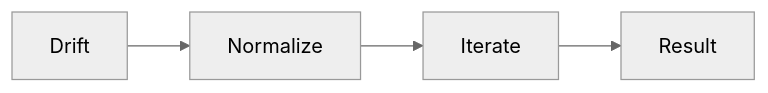
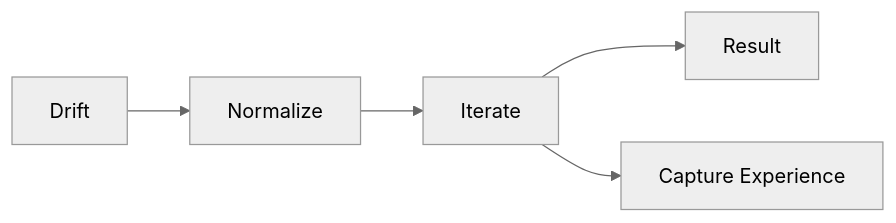
The first of 4 diagrams in README.md (udx/dev.kit), drawn with Mermaid (neutral theme) before and after one commit. The commit also changed other lines of this file and 1 other file, not shown here.

````diff
--- a/README.md
+++ b/README.md
@@ -18,6 +18,7 @@
 ```mermaid
 flowchart LR
     Drift[Drift] --> Norm[Normalize]
     Norm --> Iter[Iterate]
     Iter --> Result[Result]
+    Iter --> Capture[Capture Experience]
 ```
````
